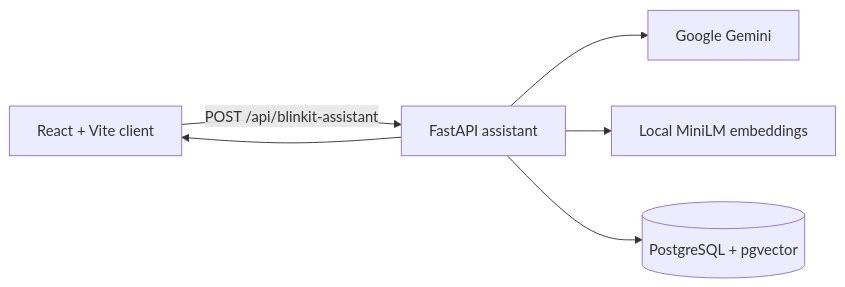
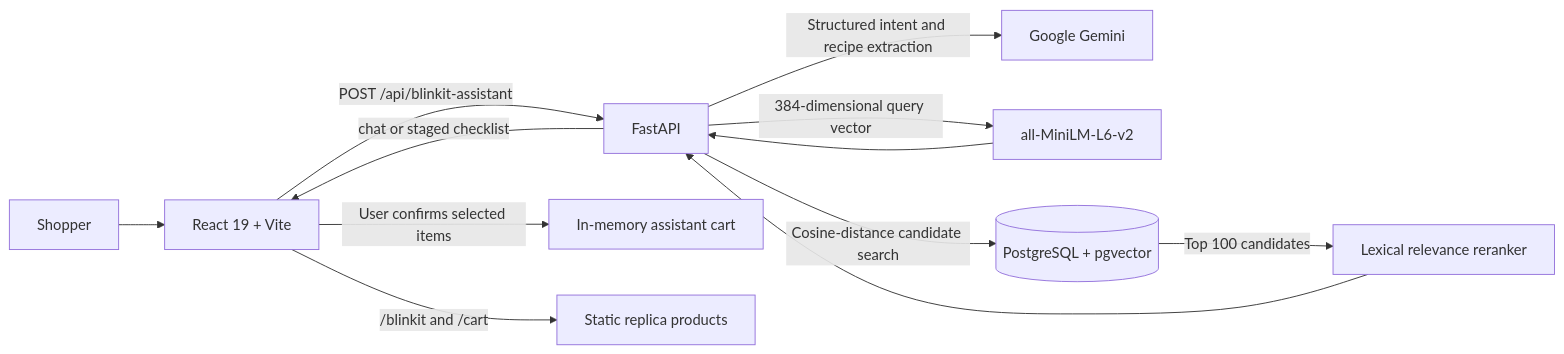
Before and after one commit to ysstbl/Blinkit-AI: the diagram in README.md, drawn with Mermaid. The commit also changed other lines of this file, not shown here.

````diff
--- a/README.md
+++ b/README.md
@@ -18,8 +9,14 @@
 ```mermaid
 flowchart LR
-		UI[React + Vite client] -->|POST /api/blinkit-assistant| API[FastAPI assistant]
-		API --> LLM[Google Gemini]
-		API --> EMB[Local MiniLM embeddings]
-		API --> DB[(PostgreSQL + pgvector)]
-		API --> UI
+	 Shopper --> UI[React 19 + Vite]
+	 UI -->|POST /api/blinkit-assistant| API[FastAPI]
+	 API -->|Structured intent and recipe extraction| Gemini[Google Gemini]
+	 API -->|384-dimensional query vector| Model[all-MiniLM-L6-v2]
+	 Model --> API
+	 API -->|Cosine-distance candidate search| DB[(PostgreSQL + pgvector)]
+	 DB -->|Top 100 candidates| Rank[Lexical relevance reranker]
+	 Rank --> API
+	 API -->|chat or staged checklist| UI
+	 UI -->|User confirms selected items| Cart[In-memory assistant cart]
+	 UI -->|/blinkit and /cart| Storefront[Static replica products]
 ```
````
